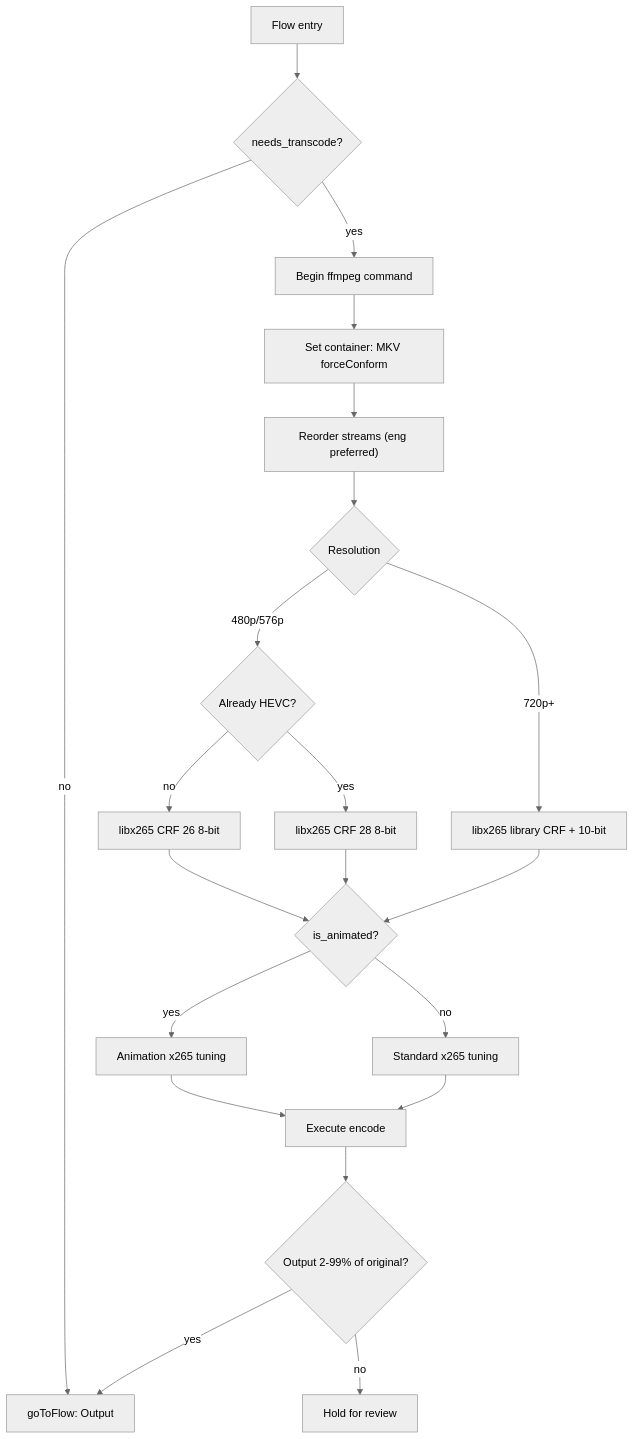
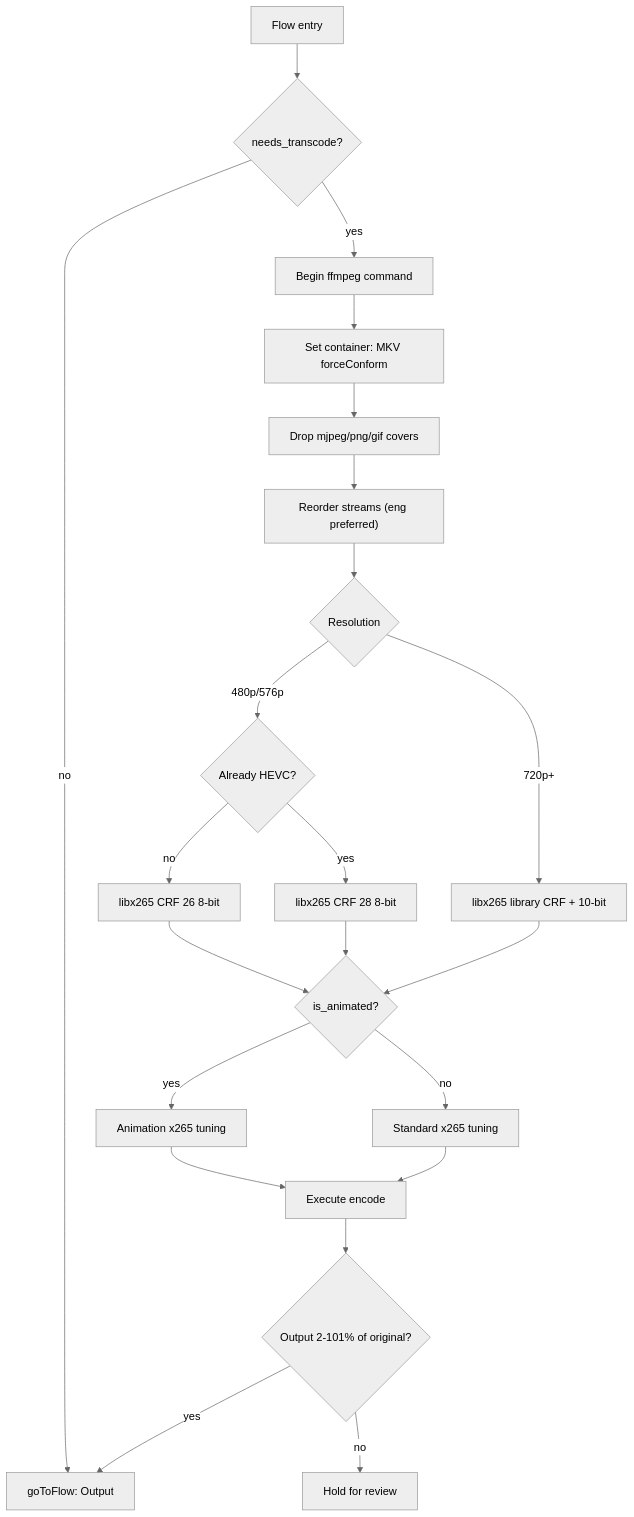
The fourth of 5 diagrams in flux/manifests/04-apps/media/management/tdarr/flows/README.md (Apocrathia/homelab), drawn with Mermaid (neutral theme) before and after one commit. The commit also changed other lines of this file and 1 other file, not shown here.

Commit message:
feat(tdarr): enhance video transcoding flow with new image stream removal and size verification adjustments
- Added a new plugin to drop embedded cover/image streams (mjpeg, png, gif) before encoding.
- Updated the output file size verification range from 2-99% to 2-101% to allow for minor remux variations.
- Adjusted flowchart and documentation to reflect these changes.

````diff
--- a/flux/manifests/04-apps/media/management/tdarr/flows/README.md
+++ b/flux/manifests/04-apps/media/management/tdarr/flows/README.md
@@ -68,23 +68,24 @@
 ```mermaid
 flowchart TD
     Start["Flow entry"] --> NeedsTranscode{needs_transcode?}
     NeedsTranscode -->|no| GoToF4["goToFlow: Output"]
     NeedsTranscode -->|yes| StartCmd["Begin ffmpeg command"]
     StartCmd --> SetContainer["Set container: MKV forceConform"]
-    SetContainer --> Reorder["Reorder streams (eng preferred)"]
+    SetContainer --> DropImg["Drop mjpeg/png/gif covers"]
+    DropImg --> Reorder["Reorder streams (eng preferred)"]
     Reorder --> Res{Resolution}
     Res -->|480p/576p| SdCodec{Already HEVC?}
     SdCodec -->|no| Sd26["libx265 CRF 26 8-bit"]
     SdCodec -->|yes| Sd28["libx265 CRF 28 8-bit"]
     Res -->|720p+| HdEnc["libx265 library CRF + 10-bit"]
     Sd26 --> AnimCheck{is_animated?}
     Sd28 --> AnimCheck
     HdEnc --> AnimCheck
     AnimCheck -->|yes| AnimArgs["Animation x265 tuning"]
     AnimCheck -->|no| StdArgs["Standard x265 tuning"]
     AnimArgs --> Execute["Execute encode"]
     StdArgs --> Execute
-    Execute --> FileSizeCheck{"Output 2-99% of original?"}
+    Execute --> FileSizeCheck{"Output 2-101% of original?"}
     FileSizeCheck -->|yes| GoToF4
     FileSizeCheck -->|no| Error["Hold for review"]
 ```
````
